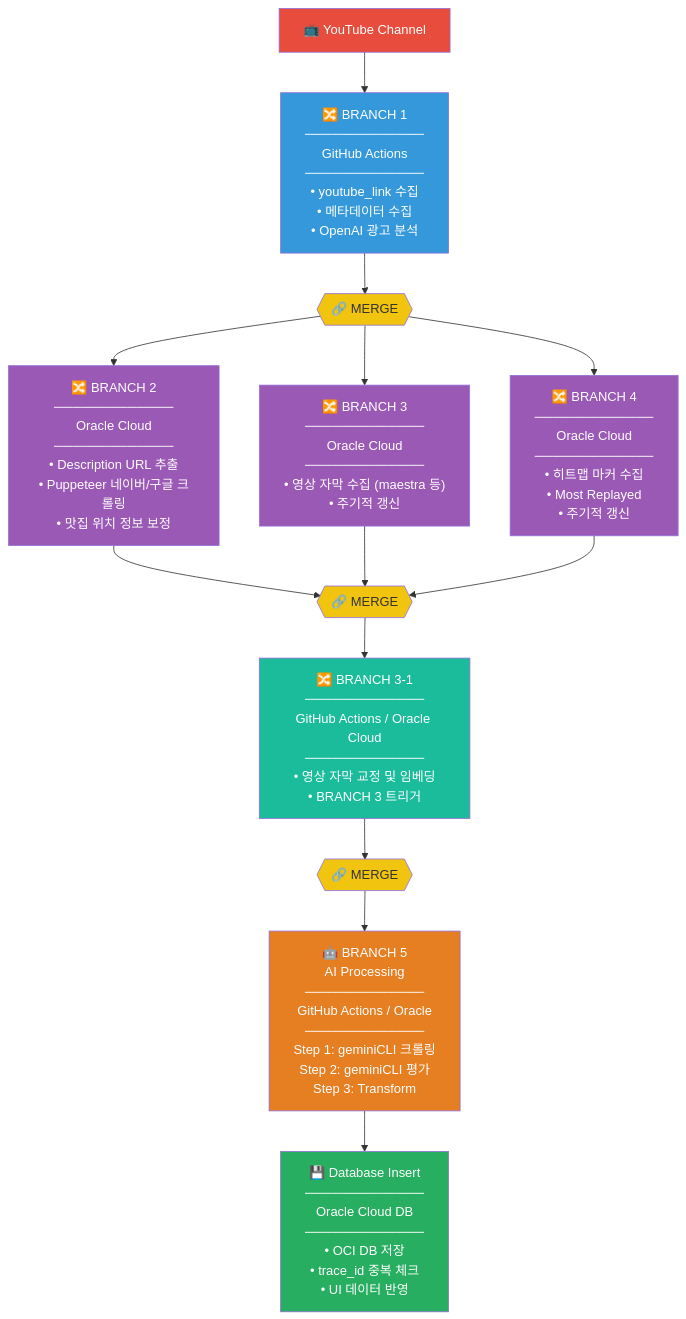
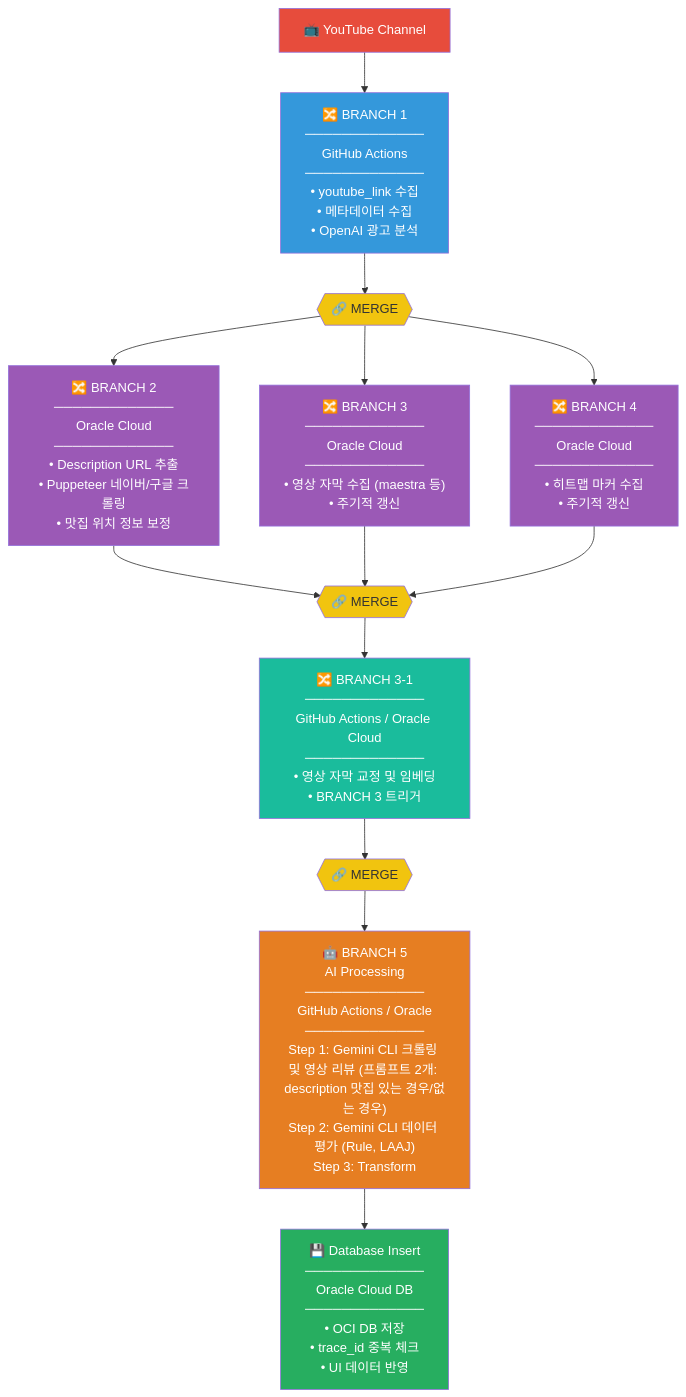
Before and after one commit to twoimo/tzudong: the diagram in backend/tzudong_pipeline_v2.0/README.md, drawn with Mermaid.

Commit message:
UPDATE: Further enhance branch descriptions in README.md to provide clearer details on AI Processing steps and streamline the pipeline flow diagram.

````diff
--- a/backend/tzudong_pipeline_v2.0/README.md
+++ b/backend/tzudong_pipeline_v2.0/README.md
@@ -108,45 +108,45 @@
 ```mermaid
 flowchart TD
     YT["📺 YouTube Channel"]
     
     B1["🔀 BRANCH 1<br/>─────────────<br/>GitHub Actions<br/>─────────────<br/>• youtube_link 수집<br/>• 메타데이터 수집<br/>• OpenAI 광고 분석"]
     
     M1{{"🔗 MERGE"}}
     
     B2["🔀 BRANCH 2<br/>─────────────<br/>Oracle Cloud<br/>─────────────<br/>• Description URL 추출<br/>• Puppeteer 네이버/구글 크롤링<br/>• 맛집 위치 정보 보정"]
     
     B3["🔀 BRANCH 3<br/>─────────────<br/>Oracle Cloud<br/>─────────────<br/>• 영상 자막 수집 (maestra 등)<br/>• 주기적 갱신"]
     
-    B4["🔀 BRANCH 4<br/>─────────────<br/>Oracle Cloud<br/>─────────────<br/>• 히트맵 마커 수집<br/>• Most Replayed<br/>• 주기적 갱신"]
+    B4["🔀 BRANCH 4<br/>─────────────<br/>Oracle Cloud<br/>─────────────<br/>• 히트맵 마커 수집<br/>• 주기적 갱신"]
     
     M2{{"🔗 MERGE"}}
     
     B3_1["🔀 BRANCH 3-1<br/>─────────────<br/>GitHub Actions / Oracle Cloud<br/>─────────────<br/>• 영상 자막 교정 및 임베딩<br/>• BRANCH 3 트리거"]
     
     M3{{"🔗 MERGE"}}
     
-    B5["🤖 BRANCH 5<br/>AI Processing<br/>─────────────<br/>GitHub Actions / Oracle<br/>─────────────<br/>Step 1: geminiCLI 크롤링<br/>Step 2: geminiCLI 평가<br/>Step 3: Transform"]
+    B5["🤖 BRANCH 5<br/>AI Processing<br/>─────────────<br/>GitHub Actions / Oracle<br/>─────────────<br/>Step 1: Gemini CLI 크롤링 및 영상 리뷰 (프롬프트 2개: description 맛집 있는 경우/없는 경우)<br/>Step 2: Gemini CLI 데이터 평가 (Rule, LAAJ)<br/>Step 3: Transform"]
     
     DB["💾 Database Insert<br/>─────────────<br/>Oracle Cloud DB<br/>─────────────<br/>• OCI DB 저장<br/>• trace_id 중복 체크<br/>• UI 데이터 반영"]
 
     YT --> B1
     B1 --> M1
     M1 --> B2 & B3 & B4
     B2 & B3 & B4 --> M2
     M2 --> B3_1
     B3_1 --> M3
     M3 --> B5
     B5 --> DB
 
     style YT fill:#e74c3c,color:#fff
     style B1 fill:#3498db,color:#fff
     style B2 fill:#9b59b6,color:#fff
     style B3 fill:#9b59b6,color:#fff
     style B4 fill:#9b59b6,color:#fff
     style B3_1 fill:#1abc9c,color:#fff
     style B5 fill:#e67e22,color:#fff
     style DB fill:#27ae60,color:#fff
     style M1 fill:#f1c40f,color:#333
     style M2 fill:#f1c40f,color:#333
     style M3 fill:#f1c40f,color:#333
 ```
````
